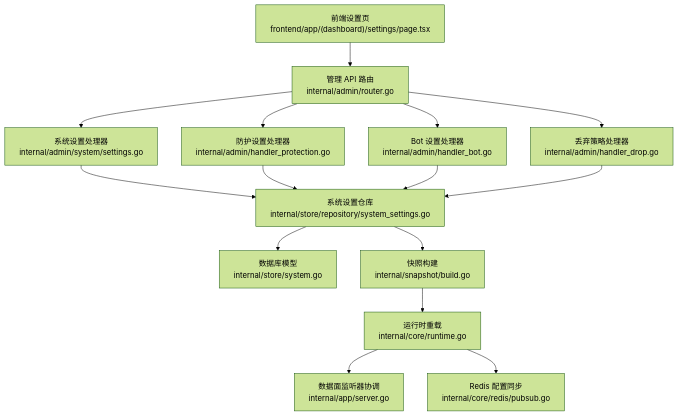
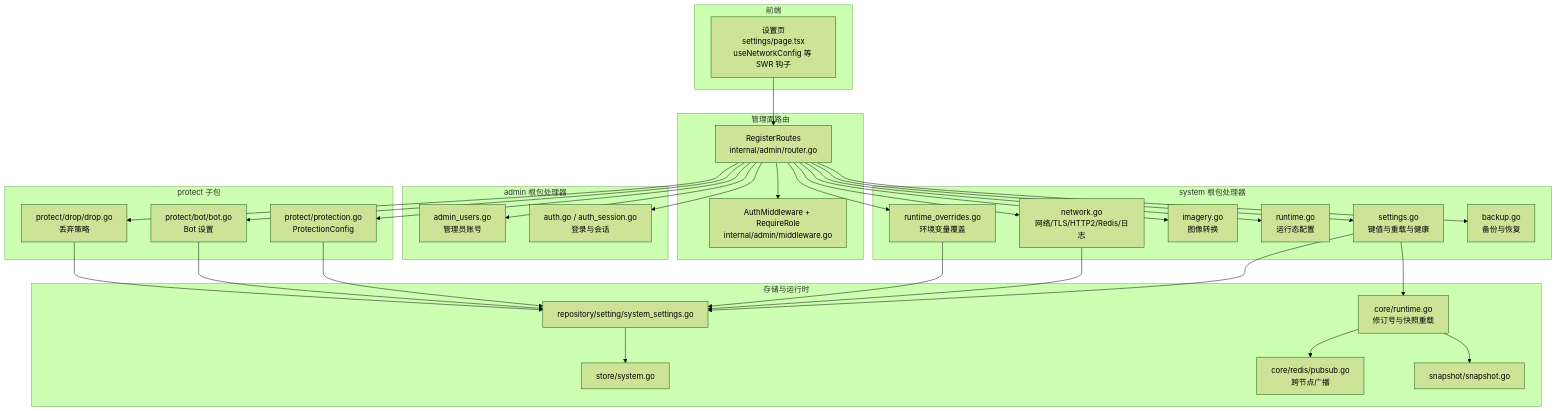
One commit to x01n/My-OpenWaf changed the first of 5 diagrams in docs/管理 API 系统/系统设置 API.md. Above: the diagram before and after it, drawn with Mermaid (forest theme). The commit also changed other lines of this file and 622 other files, not shown here.

````diff
--- a/docs/管理 API 系统/系统设置 API.md
+++ b/docs/管理 API 系统/系统设置 API.md
@@ -36,17 +61,56 @@
 ```mermaid
-graph TB
-FE["前端设置页<br/>frontend/app/(dashboard)/settings/page.tsx"] --> API["管理 API 路由<br/>internal/admin/router.go"]
-API --> HSys["系统设置处理器<br/>internal/admin/system/settings.go"]
-API --> HProt["防护设置处理器<br/>internal/admin/handler_protection.go"]
-API --> HBot["Bot 设置处理器<br/>internal/admin/handler_bot.go"]
-API --> HDrop["丢弃策略处理器<br/>internal/admin/handler_drop.go"]
-HSys --> Repo["系统设置仓库<br/>internal/store/repository/system_settings.go"]
-HProt --> Repo
-HBot --> Repo
-HDrop --> Repo
-Repo --> DB["数据库模型<br/>internal/store/system.go"]
-Repo --> Snap["快照构建<br/>internal/snapshot/build.go"]
-Snap --> Runtime["运行时重载<br/>internal/core/runtime.go"]
-Runtime --> Server["数据面监听器协调<br/>internal/app/server.go"]
-Runtime --> PubSub["Redis 配置同步<br/>internal/core/redis/pubsub.go"]
+flowchart TB
+subgraph "前端"
+FEP["设置页<br/>settings/page.tsx<br/>useNetworkConfig 等 SWR 钩子"]
+end
+subgraph "管理面路由"
+RT["RegisterRoutes<br/>internal/admin/router.go"]
+MW["AuthMiddleware + RequireRole<br/>internal/admin/middleware.go"]
+end
+subgraph "system 根包处理器"
+SET["settings.go<br/>键值与重载与健康"]
+NET["network.go<br/>网络/TLS/HTTP2/Redis/日志"]
+IMG["imagery.go<br/>图像转换"]
+RUN["runtime.go<br/>运行态配置"]
+OV["runtime_overrides.go<br/>环境变量覆盖"]
+BK["backup.go<br/>备份与恢复"]
+end
+subgraph "admin 根包处理器"
+AU["admin_users.go<br/>管理员账号"]
+AUTH["auth.go / auth_session.go<br/>登录与会话"]
+end
+subgraph "protect 子包"
+PROT["protect/protection.go<br/>ProtectionConfig"]
+BOT["protect/bot/bot.go<br/>Bot 设置"]
+DROP["protect/drop/drop.go<br/>丢弃策略"]
+end
+subgraph "存储与运行时"
+REPO["repository/setting/system_settings.go"]
+MODEL["store/system.go"]
+CORE["core/runtime.go<br/>修订号与快照重载"]
+PUB["core/redis/pubsub.go<br/>跨节点广播"]
+SNAP["snapshot/snapshot.go"]
+end
+FEP --> RT --> MW
+RT --> SET
+RT --> NET
+RT --> IMG
+RT --> RUN
+RT --> OV
+RT --> BK
+RT --> AU
+RT --> AUTH
+RT --> PROT
+RT --> BOT
+RT --> DROP
+SET --> REPO
+NET --> REPO
+OV --> REPO
+PROT --> REPO
+BOT --> REPO
+DROP --> REPO
+REPO --> MODEL
+SET --> CORE
+CORE --> SNAP
+CORE --> PUB
 ```
````
